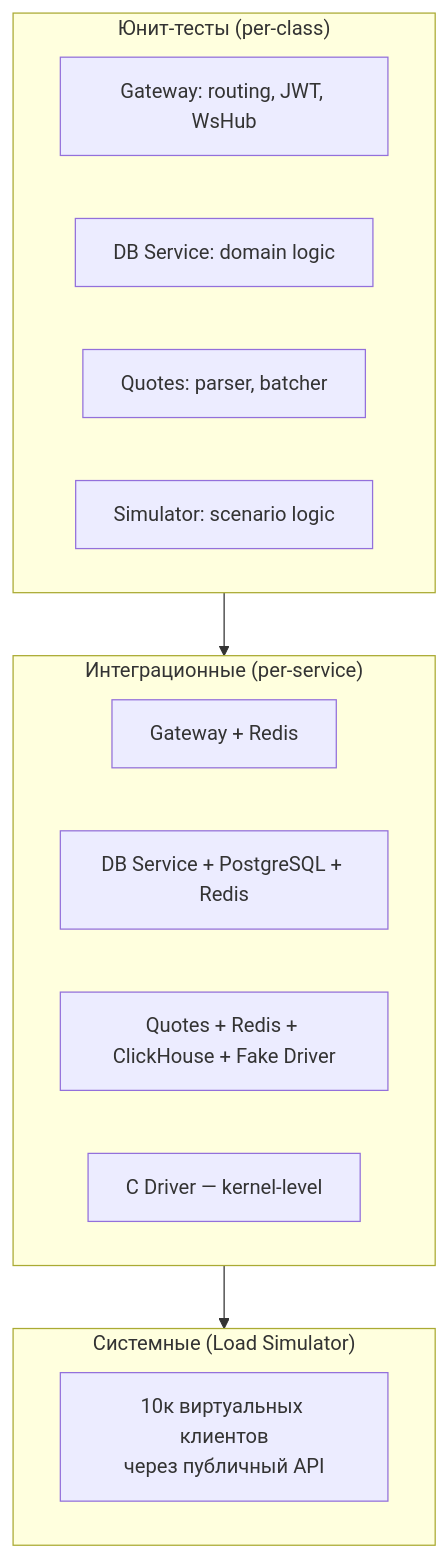
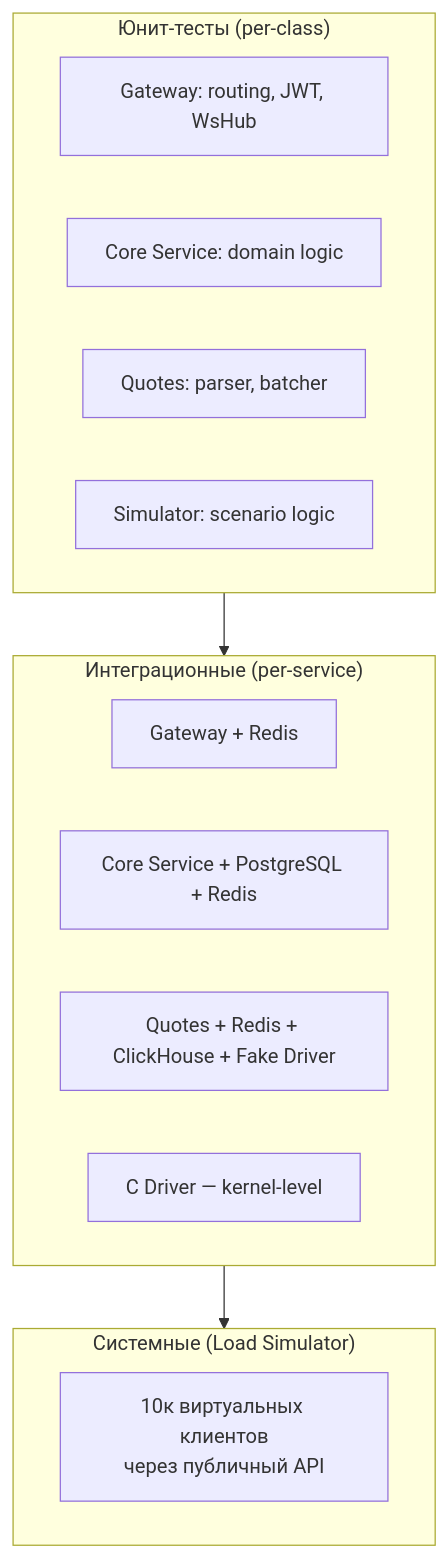
The diagram in docs/architecture/11-testing.md (r4m63/Stockyard), drawn with Mermaid before and after one commit. The commit also changed other lines of this file and 26 other files, not shown here.

First line of the commit message:
docs(arch): add storage operations, ADRs 007-009, rename DB Service to Core Service

````diff
--- a/docs/architecture/11-testing.md
+++ b/docs/architecture/11-testing.md
@@ -19,22 +19,22 @@
 ```mermaid
 graph TB
     subgraph Sys["Системные (Load Simulator)"]
         LS["10к виртуальных клиентов<br/>через публичный API"]
     end
 
     subgraph Int["Интеграционные (per-service)"]
         I1["Gateway + Redis"]
-        I2["DB Service + PostgreSQL + Redis"]
+        I2["Core Service + PostgreSQL + Redis"]
         I3["Quotes + Redis + ClickHouse + Fake Driver"]
         I4["C Driver — kernel-level"]
     end
 
     subgraph Unit["Юнит-тесты (per-class)"]
         U1["Gateway: routing, JWT, WsHub"]
-        U2["DB Service: domain logic"]
+        U2["Core Service: domain logic"]
         U3["Quotes: parser, batcher"]
         U4["Simulator: scenario logic"]
     end
 
     Unit --> Int --> Sys
 ```
````
